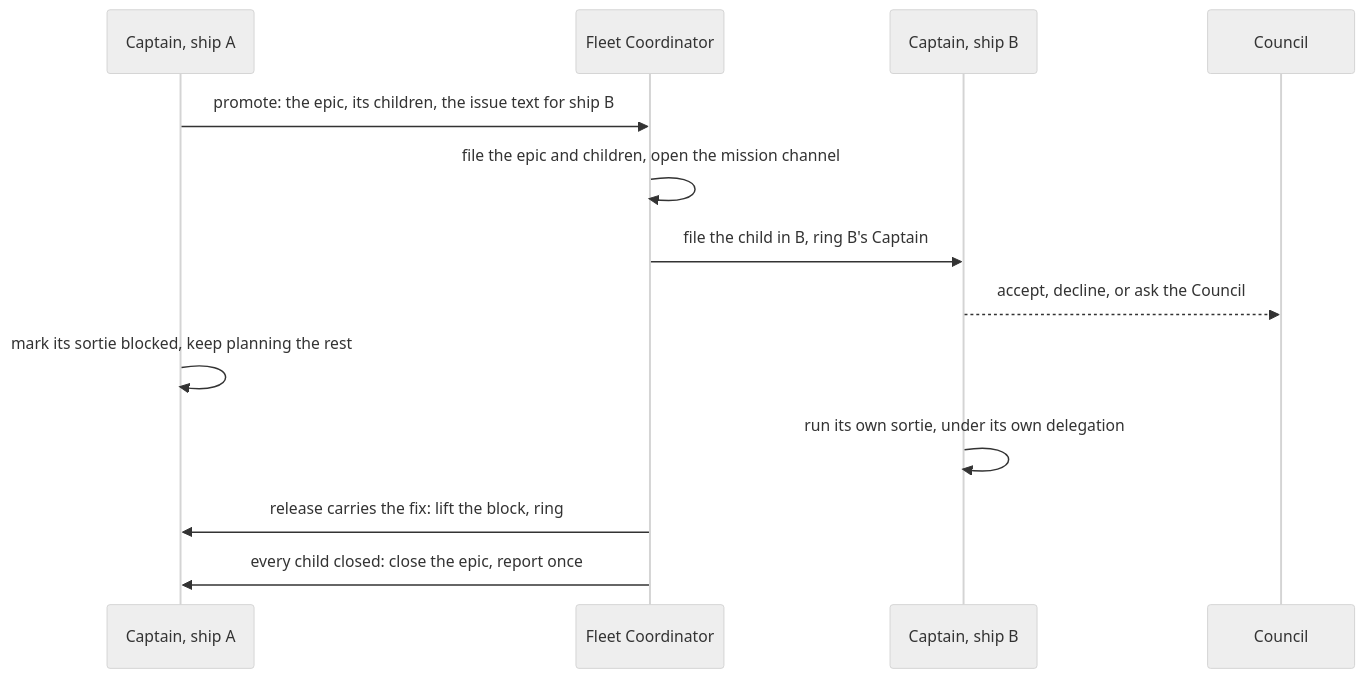
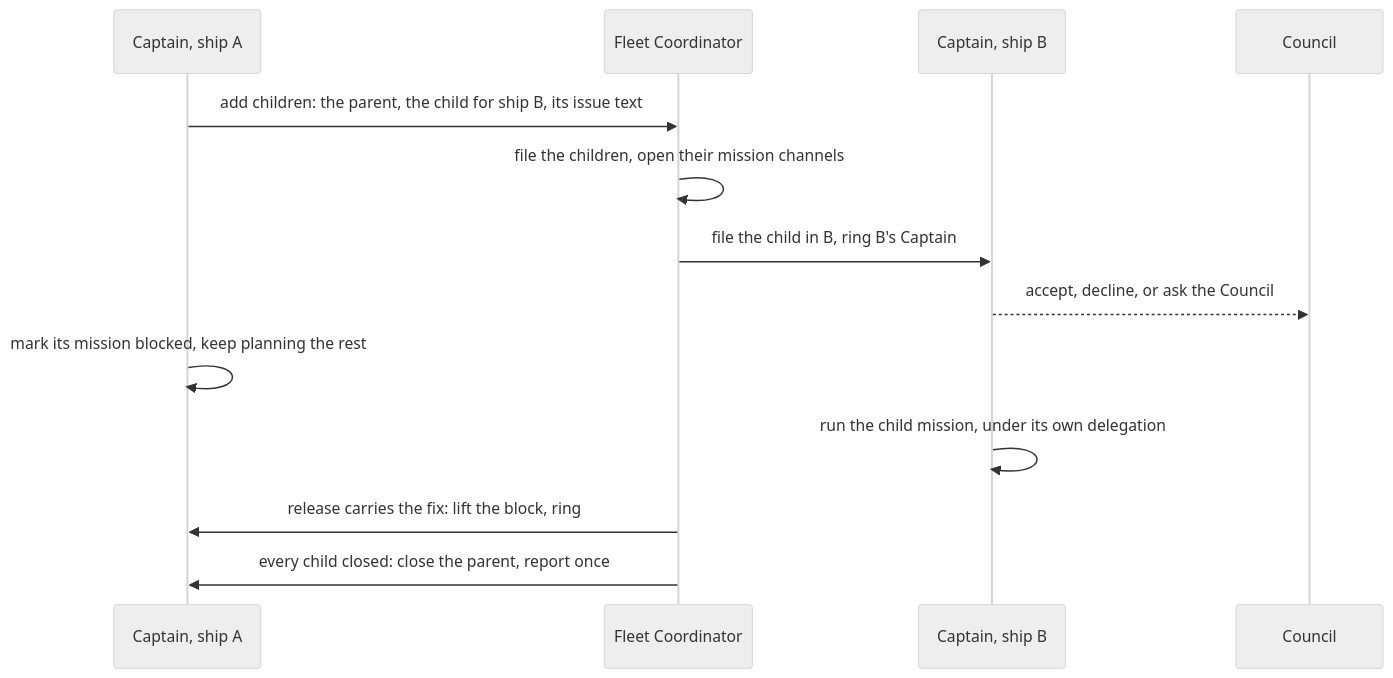
One commit to cyberuni/cyberfleet changed the second of 2 diagrams in .agents/specs/cyberfleet/design/lifecycle.md. Above: the diagram before and after it, drawn with Mermaid (neutral theme). The commit also changed other lines of this file and 14 other files, not shown here.

````diff
--- a/.agents/specs/cyberfleet/design/lifecycle.md
+++ b/.agents/specs/cyberfleet/design/lifecycle.md
@@ -106,15 +105,15 @@
 ```mermaid
 sequenceDiagram
   participant KA as Captain, ship A
   participant FD as Fleet Coordinator
   participant KB as Captain, ship B
   participant C as Council
-  KA->>FD: promote: the epic, its children, the issue text for ship B
-  FD->>FD: file the epic and children, open the mission channel
+  KA->>FD: add children: the parent, the child for ship B, its issue text
+  FD->>FD: file the children, open their mission channels
   FD->>KB: file the child in B, ring B's Captain
   KB-->>C: accept, decline, or ask the Council
-  KA->>KA: mark its sortie blocked, keep planning the rest
-  KB->>KB: run its own sortie, under its own delegation
+  KA->>KA: mark its mission blocked, keep planning the rest
+  KB->>KB: run the child mission, under its own delegation
   FD->>KA: release carries the fix: lift the block, ring
-  FD->>KA: every child closed: close the epic, report once
+  FD->>KA: every child closed: close the parent, report once
 ```
````
